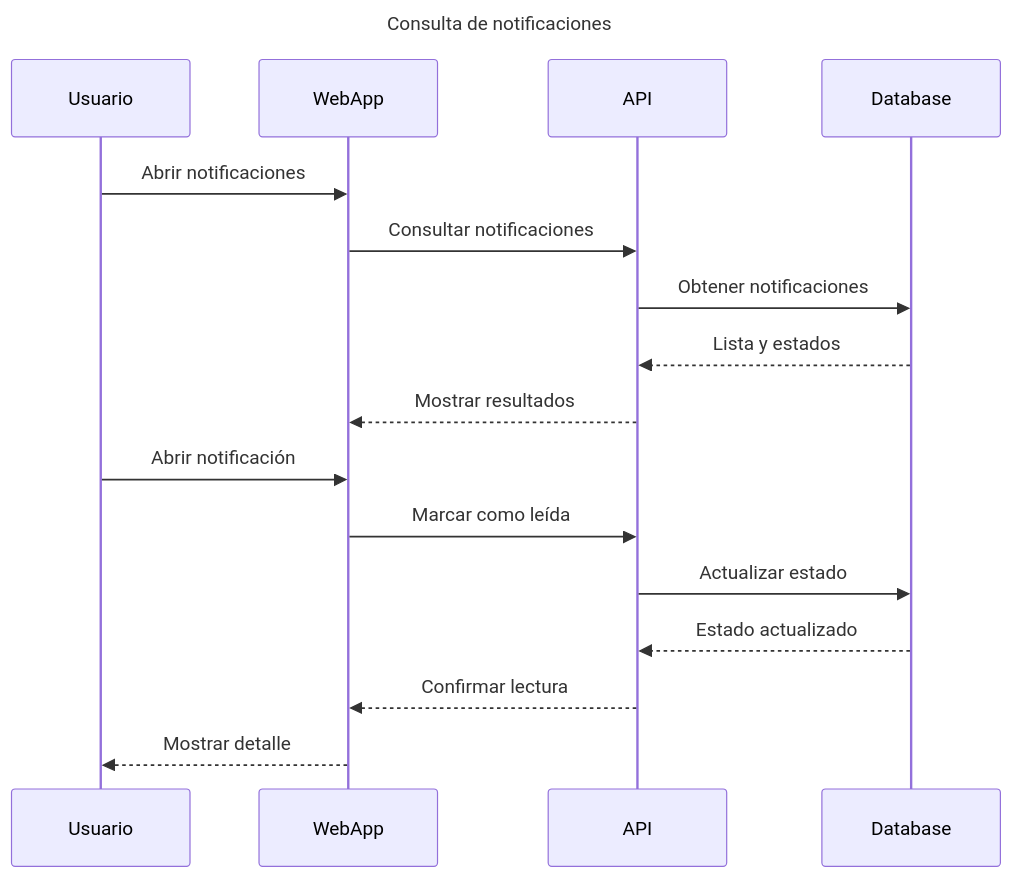
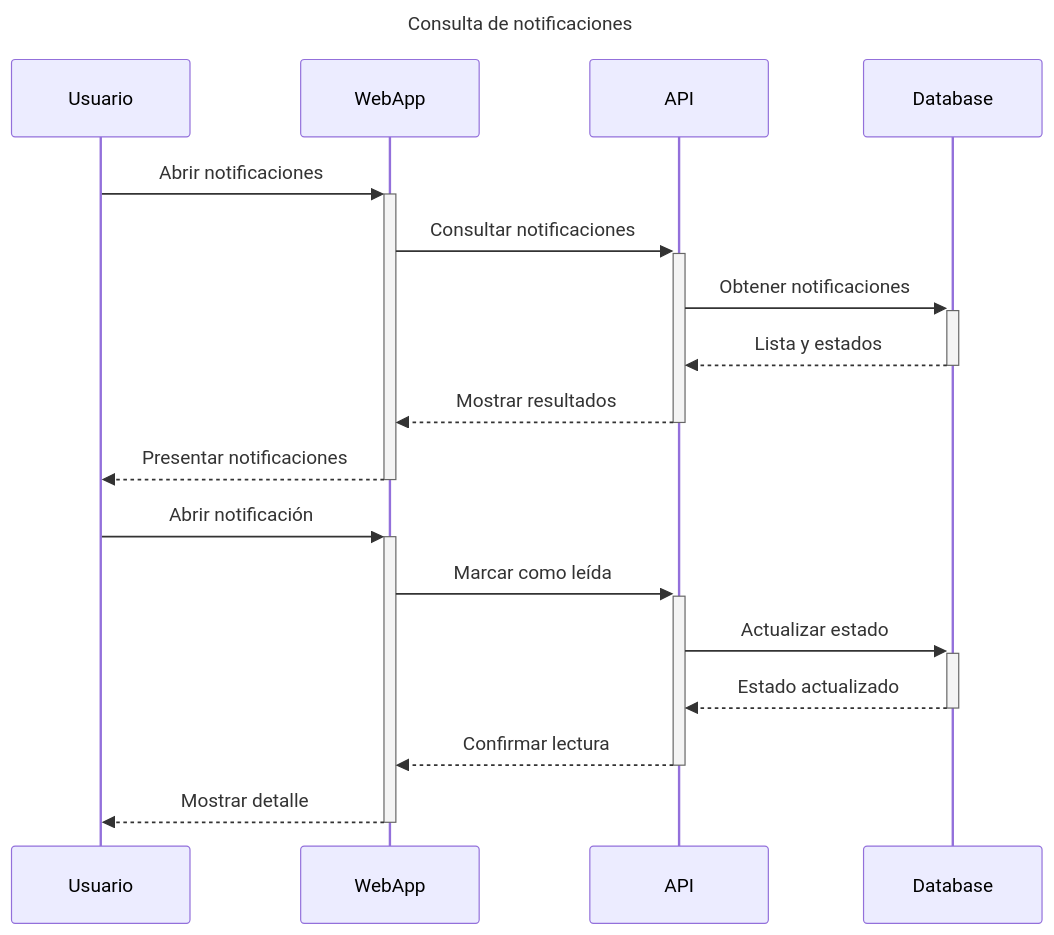
The sixth of 6 diagrams in docs/diagramas-de-secuencia.md (MTeamOrg/M-Team), drawn with Mermaid before and after one commit. The commit also changed other lines of this file, not shown here.

Commit message:
docs: add activation bars to sequence diagrams

````diff
--- a/docs/diagramas-de-secuencia.md
+++ b/docs/diagramas-de-secuencia.md
@@ -162,20 +168,21 @@
 ```mermaid
 sequenceDiagram
     title Consulta de notificaciones
     participant Usuario
     participant WebApp
     participant API
     participant Database
 
-    Usuario->>WebApp: Abrir notificaciones
-    WebApp->>API: Consultar notificaciones
-    API->>Database: Obtener notificaciones
-    Database-->>API: Lista y estados
-    API-->>WebApp: Mostrar resultados
-    Usuario->>WebApp: Abrir notificación
-    WebApp->>API: Marcar como leída
-    API->>Database: Actualizar estado
-    Database-->>API: Estado actualizado
-    API-->>WebApp: Confirmar lectura
-    WebApp-->>Usuario: Mostrar detalle
+    Usuario->>+WebApp: Abrir notificaciones
+    WebApp->>+API: Consultar notificaciones
+    API->>+Database: Obtener notificaciones
+    Database-->>-API: Lista y estados
+    API-->>-WebApp: Mostrar resultados
+    WebApp-->>-Usuario: Presentar notificaciones
+    Usuario->>+WebApp: Abrir notificación
+    WebApp->>+API: Marcar como leída
+    API->>+Database: Actualizar estado
+    Database-->>-API: Estado actualizado
+    API-->>-WebApp: Confirmar lectura
+    WebApp-->>-Usuario: Mostrar detalle
 ```
````
